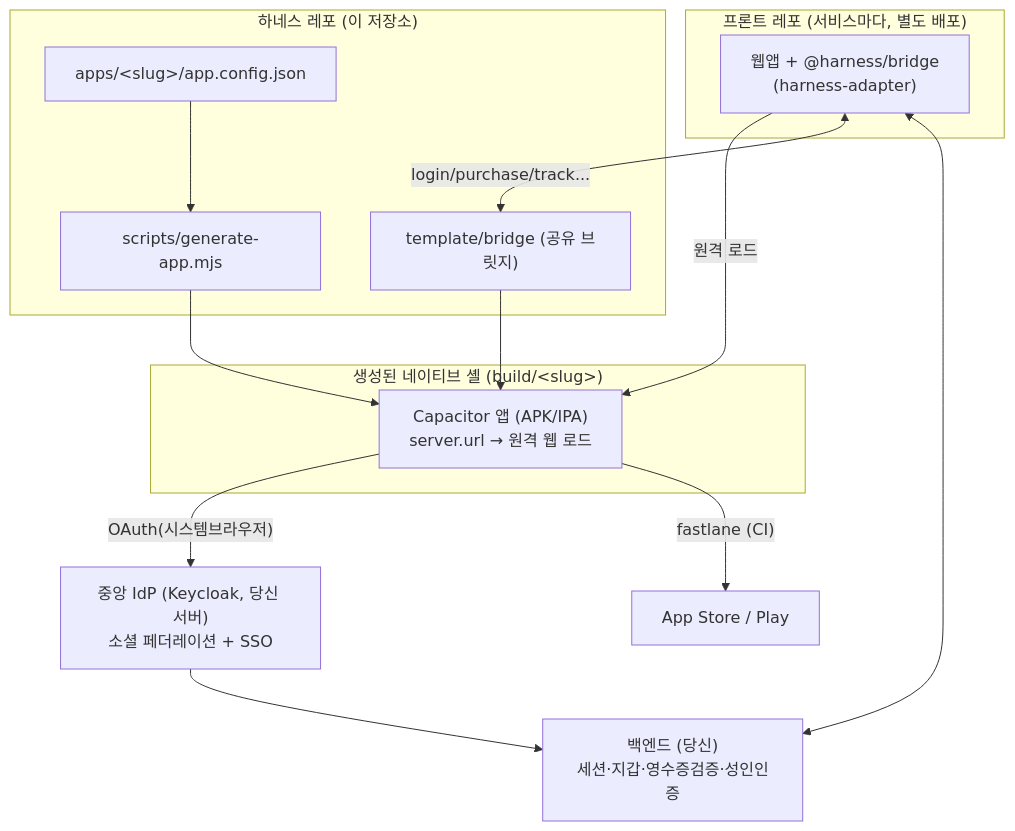
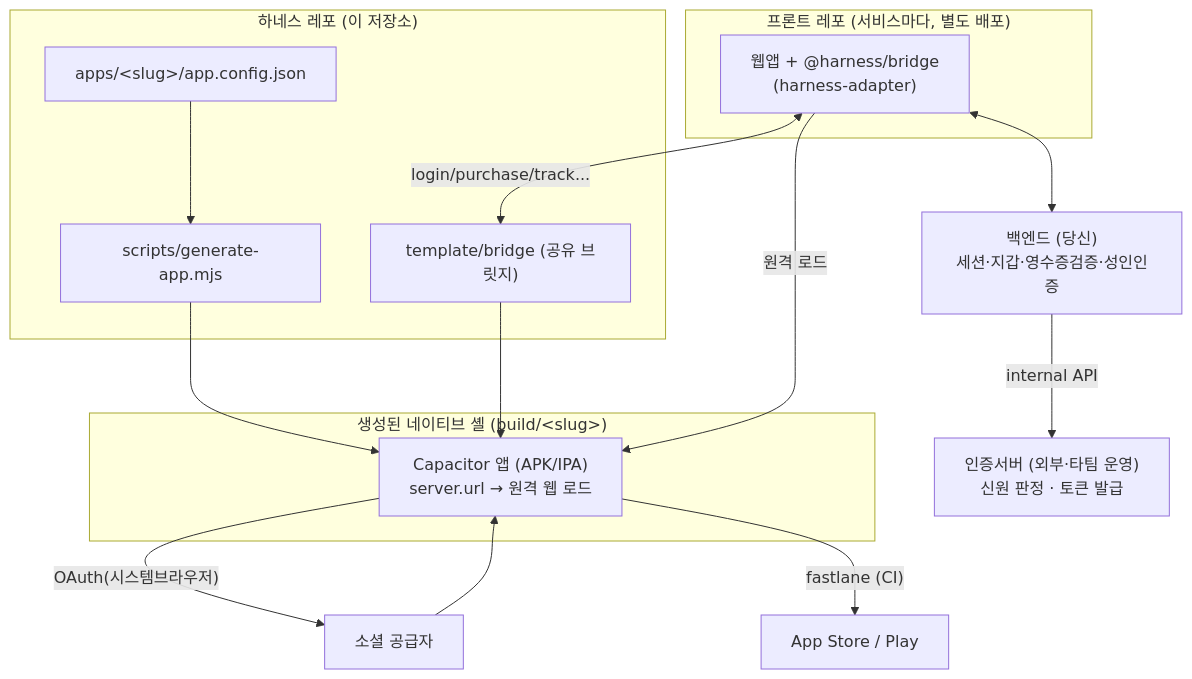
Before and after one commit to ha3158987/app-harness-hpark: the first of 3 diagrams in docs/02-GUIDE.md, drawn with Mermaid. The commit also changed other lines of this file and 6 other files, not shown here.

````diff
--- a/docs/02-GUIDE.md
+++ b/docs/02-GUIDE.md
@@ -28,25 +28,26 @@
 ```mermaid
 flowchart TB
   subgraph web["프론트 레포 (서비스마다, 별도 배포)"]
     W["웹앱 + @harness/bridge<br/>(harness-adapter)"]
   end
   subgraph harness["하네스 레포 (이 저장소)"]
     CFG["apps/&lt;slug&gt;/app.config.json"]
     GEN["scripts/generate-app.mjs"]
     BR["template/bridge (공유 브릿지)"]
   end
   subgraph shell["생성된 네이티브 셸 (build/&lt;slug&gt;)"]
     APP["Capacitor 앱 (APK/IPA)<br/>server.url → 원격 웹 로드"]
   end
   BE["백엔드 (당신)<br/>세션·지갑·영수증검증·성인인증"]
-  IDP["중앙 IdP (Keycloak, 당신 서버)<br/>소셜 페더레이션 + SSO"]
+  IDP["인증서버 (외부·타팀 운영)<br/>신원 판정 · 토큰 발급"]
   STORE["App Store / Play"]
 
   CFG --> GEN --> APP
   BR --> APP
   W -- "원격 로드" --> APP
   W <-- "login/purchase/track..." --> BR
   W <--> BE
-  APP -- "OAuth(시스템브라우저)" --> IDP --> BE
+  APP -- "OAuth(시스템브라우저)" --> PROV["소셜 공급자"] --> APP
+  BE -- "internal API" --> IDP
   APP -- "fastlane (CI)" --> STORE
 ```
````
